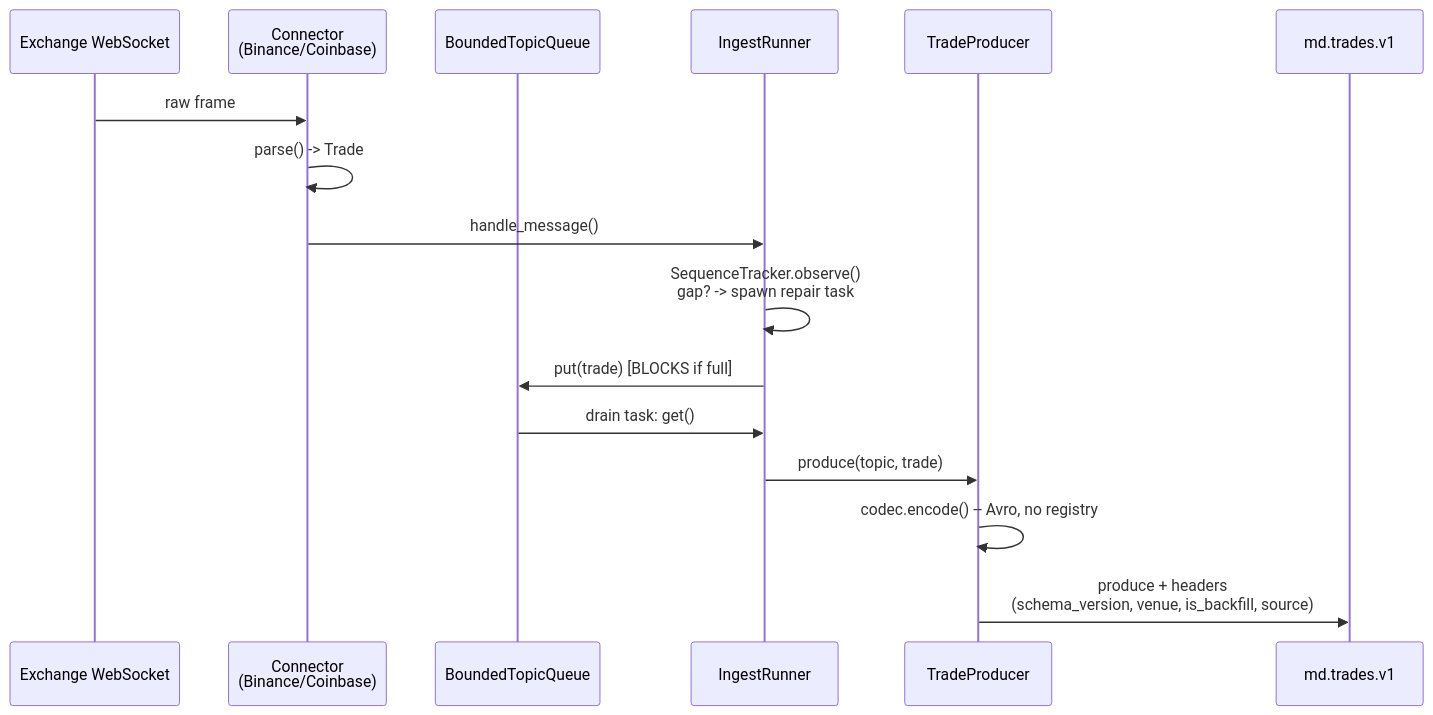
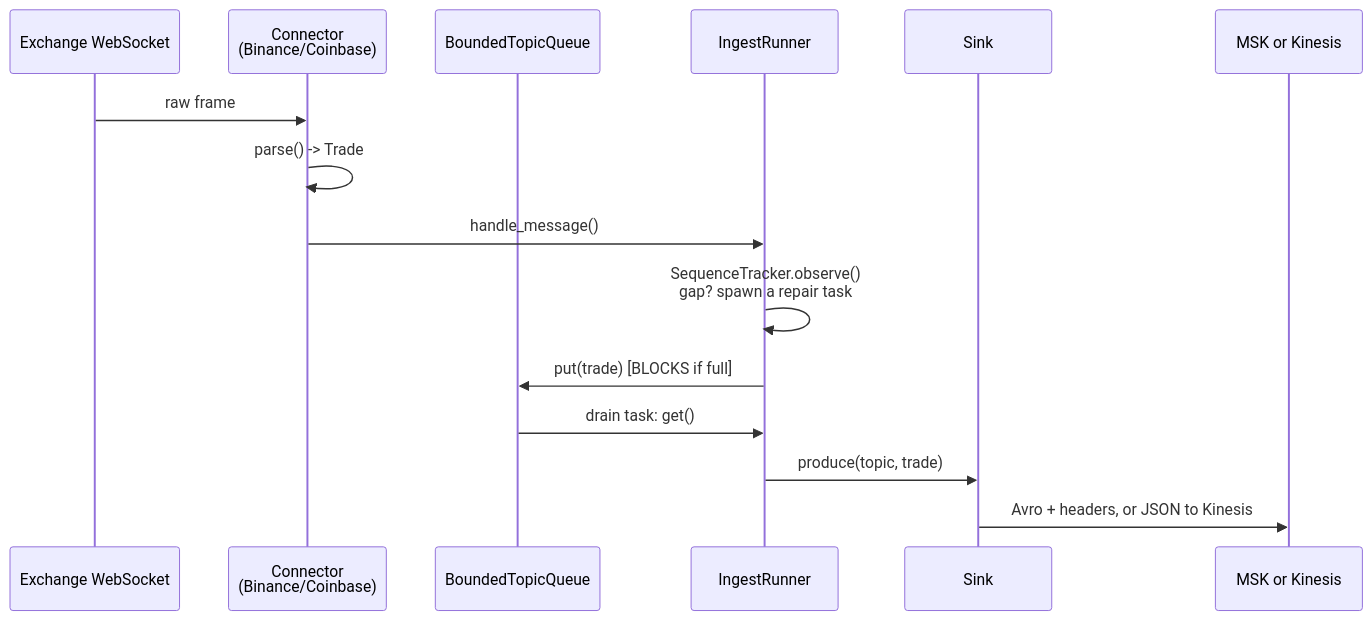
One commit to hailampy123/realtime-finance-bot changed the second of 3 diagrams in docs/CODEBASE_EXPLAINED.md. Above: the diagram before and after it, drawn with Mermaid. The commit also changed other lines of this file and 18 other files, not shown here.

````diff
--- a/docs/CODEBASE_EXPLAINED.md
+++ b/docs/CODEBASE_EXPLAINED.md
@@ -92,19 +118,18 @@
 ```mermaid
 sequenceDiagram
     participant WS as Exchange WebSocket
     participant Conn as Connector<br/>(Binance/Coinbase)
     participant Queue as BoundedTopicQueue
     participant Runner as IngestRunner
-    participant Prod as TradeProducer
-    participant Kafka as md.trades.v1
+    participant Sink as Sink
+    participant Out as MSK or Kinesis
 
     WS->>Conn: raw frame
     Conn->>Conn: parse() -> Trade
     Conn->>Runner: handle_message()
-    Runner->>Runner: SequenceTracker.observe()<br/>gap? -> spawn repair task
+    Runner->>Runner: SequenceTracker.observe()<br/>gap? spawn a repair task
     Runner->>Queue: put(trade)  [BLOCKS if full]
     Queue->>Runner: drain task: get()
-    Runner->>Prod: produce(topic, trade)
-    Prod->>Prod: codec.encode() -- Avro, no registry
-    Prod->>Kafka: produce + headers<br/>(schema_version, venue, is_backfill, source)
+    Runner->>Sink: produce(topic, trade)
+    Sink->>Out: Avro + headers, or JSON to Kinesis
 ```
````
